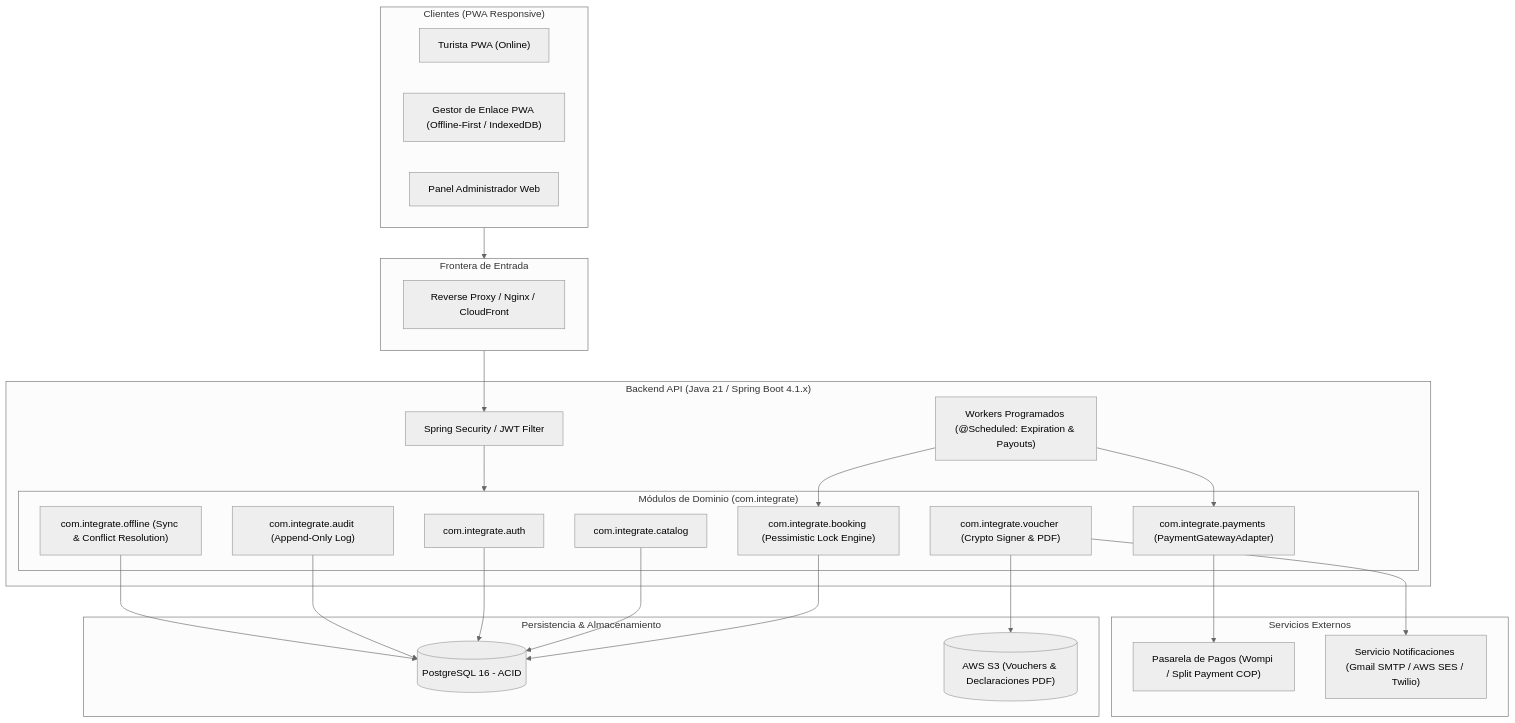
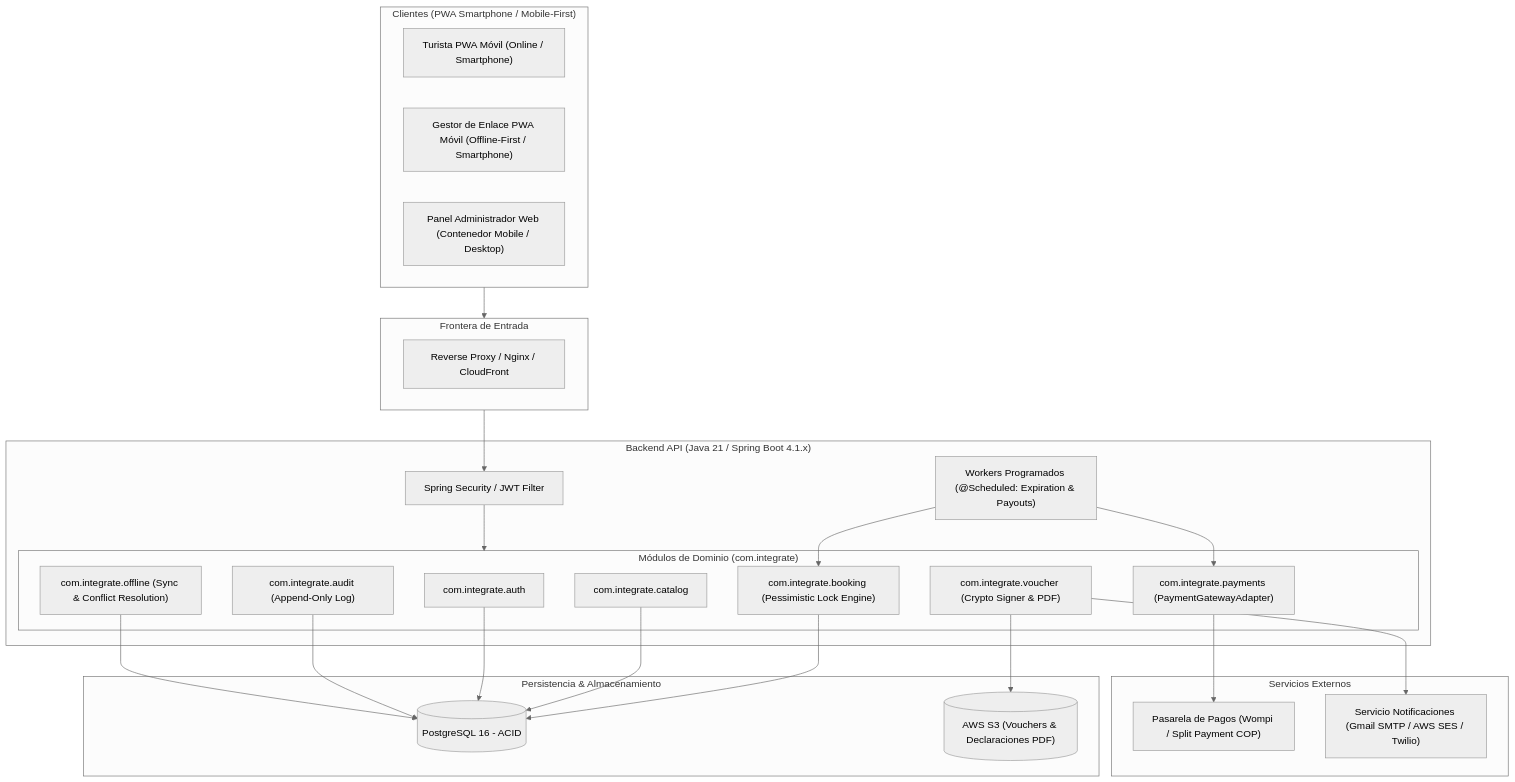
The diagram in docs/especificacion_tecnica.md (choclitoxd/integrate), drawn with Mermaid (neutral theme) before and after one commit. The commit also changed other lines of this file and 2 other files, not shown here.

Commit message:
docs(roadmap): [Etapa 1] reorganizar el backlog en dos etapas por proceso de negocio
- Roadmap y estado pasan de 5 fases a 2 etapas (Etapa 1: procesos 1 y 2; Etapa 2: proceso 3)
- Renumeracion del backlog: T-1.3 enrolamiento asistido, T-1.4 catalogo, ... T-1.10 frontend; T-2.1 a T-2.14
- Split payment 85/15 movido a la Etapa 2; la Etapa 1 cobra y retiene en custodia
- Delimitacion de la PWA como aplicacion movil (smartphone, 360-430 px) y RNF hasta RNF-30

Reorganizacion redactada por el equipo; este commit solo la registra.

````diff
--- a/docs/especificacion_tecnica.md
+++ b/docs/especificacion_tecnica.md
@@ -323,54 +324,54 @@
 ```mermaid
 graph TD
-    subgraph Clientes ["Clientes (PWA Responsive)"]
-        TuristaPWA["Turista PWA (Online)"]
-        GestorPWA["Gestor de Enlace PWA (Offline-First / IndexedDB)"]
-        AdminWeb["Panel Administrador Web"]
+    subgraph Clientes ["Clientes (PWA Smartphone / Mobile-First)"]
+        TuristaPWA["Turista PWA Móvil (Online / Smartphone)"]
+        GestorPWA["Gestor de Enlace PWA Móvil (Offline-First / Smartphone)"]
+        AdminWeb["Panel Administrador Web (Contenedor Mobile / Desktop)"]
     end
 
     subgraph Edge ["Frontera de Entrada"]
         Nginx["Reverse Proxy / Nginx / CloudFront"]
     end
 
     subgraph Backend ["Backend API (Java 21 / Spring Boot 4.1.x)"]
         Security["Spring Security / JWT Filter"]
         
         subgraph Modulos ["Módulos de Dominio (com.integrate)"]
             AuthMod["com.integrate.auth"]
             CatalogMod["com.integrate.catalog"]
             BookingMod["com.integrate.booking (Pessimistic Lock Engine)"]
             PaymentMod["com.integrate.payments (PaymentGatewayAdapter)"]
             VoucherMod["com.integrate.voucher (Crypto Signer & PDF)"]
             OfflineMod["com.integrate.offline (Sync & Conflict Resolution)"]
             AuditMod["com.integrate.audit (Append-Only Log)"]
         end
 
         Schedulers["Workers Programados (@Scheduled: Expiration & Payouts)"]
     end
 
     subgraph Persistencia ["Persistencia & Almacenamiento"]
         Postgres[(PostgreSQL 16 - ACID)]
         S3Bucket[("AWS S3 (Vouchers & Declaraciones PDF)")]
     end
 
     subgraph Externos ["Servicios Externos"]
         Pasarela["Pasarela de Pagos (Wompi / Split Payment COP)"]
         Notificador["Servicio Notificaciones (Gmail SMTP / AWS SES / Twilio)"]
     end
 
     Clientes --> Edge
     Edge --> Security
     Security --> Modulos
     Schedulers --> BookingMod
     Schedulers --> PaymentMod
     
     BookingMod --> Postgres
     CatalogMod --> Postgres
     AuthMod --> Postgres
     AuditMod --> Postgres
     OfflineMod --> Postgres
     
     PaymentMod --> Pasarela
     VoucherMod --> S3Bucket
     VoucherMod --> Notificador
 ```
````
